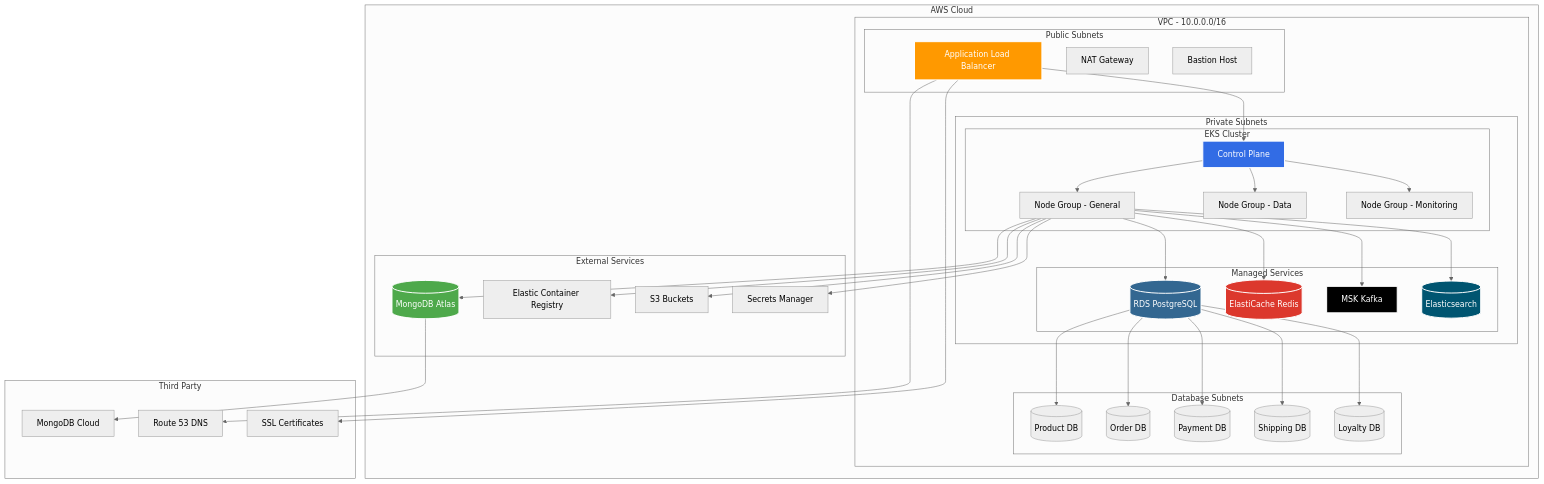
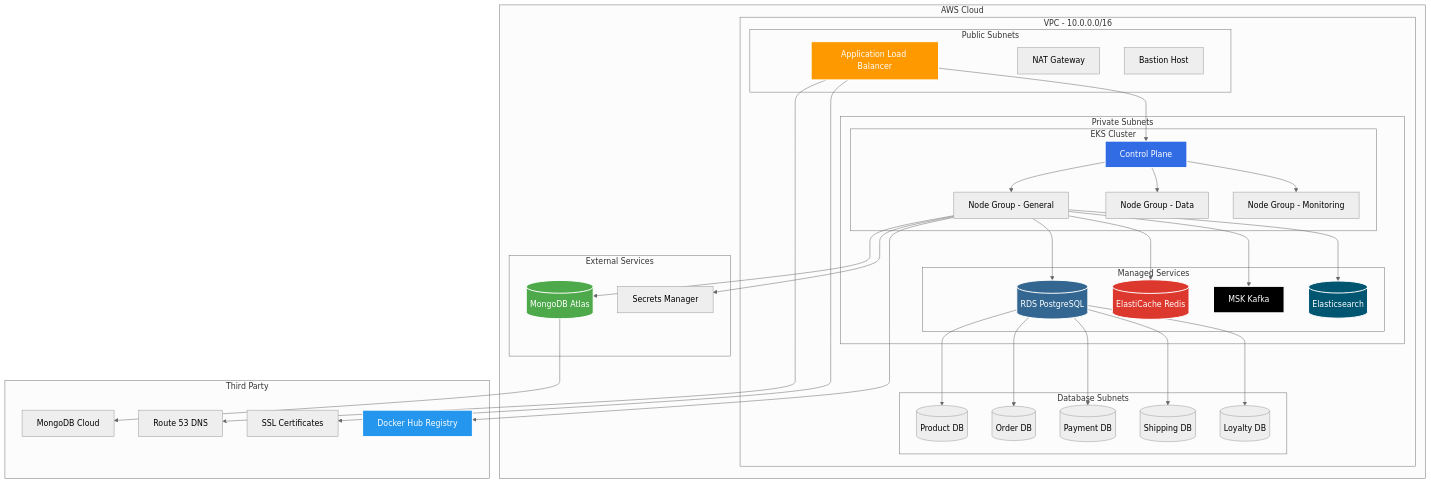
One commit to Saoudyahya/Ecommerce-App-Terraform-config changed the first of 9 diagrams in README.md. Above: the diagram before and after it, drawn with Mermaid (neutral theme). The commit also changed other lines of this file, not shown here.

````diff
--- a/README.md
+++ b/README.md
@@ -66,82 +67,81 @@
 ```mermaid
 graph TB
     subgraph "AWS Cloud"
         subgraph "VPC - 10.0.0.0/16"
             subgraph "Public Subnets"
                 ALB[Application Load Balancer]
                 NAT[NAT Gateway]
                 BASTION[Bastion Host]
             end
             
             subgraph "Private Subnets"
                 subgraph "EKS Cluster"
                     CONTROL[Control Plane]
                     NG1[Node Group - General]
                     NG2[Node Group - Data]
                     NG3[Node Group - Monitoring]
                 end
                 
                 subgraph "Managed Services"
                     RDS[(RDS PostgreSQL)]
                     ELASTICACHE[(ElastiCache Redis)]
                     MSK[MSK Kafka]
                     ES[(Elasticsearch)]
                 end
             end
             
             subgraph "Database Subnets"
                 DB1[(Product DB)]
                 DB2[(Order DB)]
                 DB3[(Payment DB)]
                 DB4[(Shipping DB)]
                 DB5[(Loyalty DB)]
             end
         end
         
         subgraph "External Services"
             ATLAS[(MongoDB Atlas)]
-            ECR[Elastic Container Registry]
-            S3[S3 Buckets]
             SECRETS[Secrets Manager]
         end
     end
     
     subgraph "Third Party"
         MONGO_CLOUD[MongoDB Cloud]
         ROUTE53[Route 53 DNS]
         ACM[SSL Certificates]
+        DOCKER_HUB[Docker Hub Registry]
     end
     
     ALB --> CONTROL
     CONTROL --> NG1
     CONTROL --> NG2
     CONTROL --> NG3
     
     NG1 --> RDS
     NG1 --> ELASTICACHE
     NG1 --> MSK
     NG1 --> ES
     
     RDS --> DB1
     RDS --> DB2
     RDS --> DB3
     RDS --> DB4
     RDS --> DB5
     
     NG1 --> ATLAS
-    NG1 --> ECR
-    NG1 --> S3
     NG1 --> SECRETS
+    NG1 --> DOCKER_HUB
     
     ATLAS --> MONGO_CLOUD
     ALB --> ROUTE53
     ALB --> ACM
     
     style CONTROL fill:#326ce5,stroke:#fff,stroke-width:2px,color:#fff
     style ALB fill:#FF9900,stroke:#fff,stroke-width:2px,color:#fff
     style RDS fill:#336791,stroke:#fff,stroke-width:2px,color:#fff
     style ELASTICACHE fill:#DC382D,stroke:#fff,stroke-width:2px,color:#fff
     style MSK fill:#000,stroke:#fff,stroke-width:2px,color:#fff
     style ES fill:#005571,stroke:#fff,stroke-width:2px,color:#fff
     style ATLAS fill:#4EA94B,stroke:#fff,stroke-width:2px,color:#fff
+    style DOCKER_HUB fill:#2496ED,stroke:#fff,stroke-width:2px,color:#fff
 ```
````
